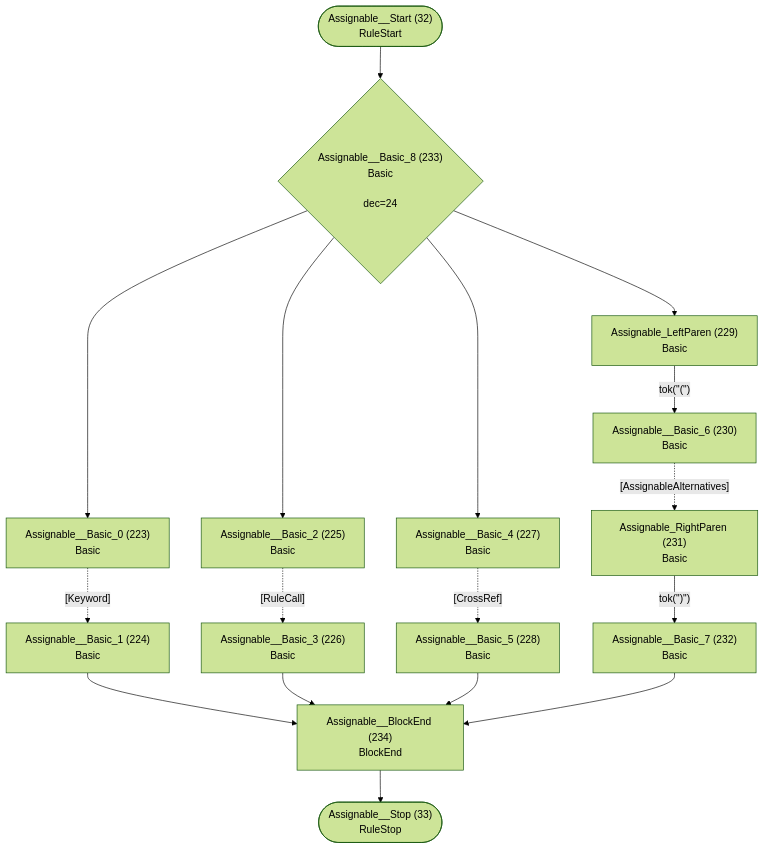
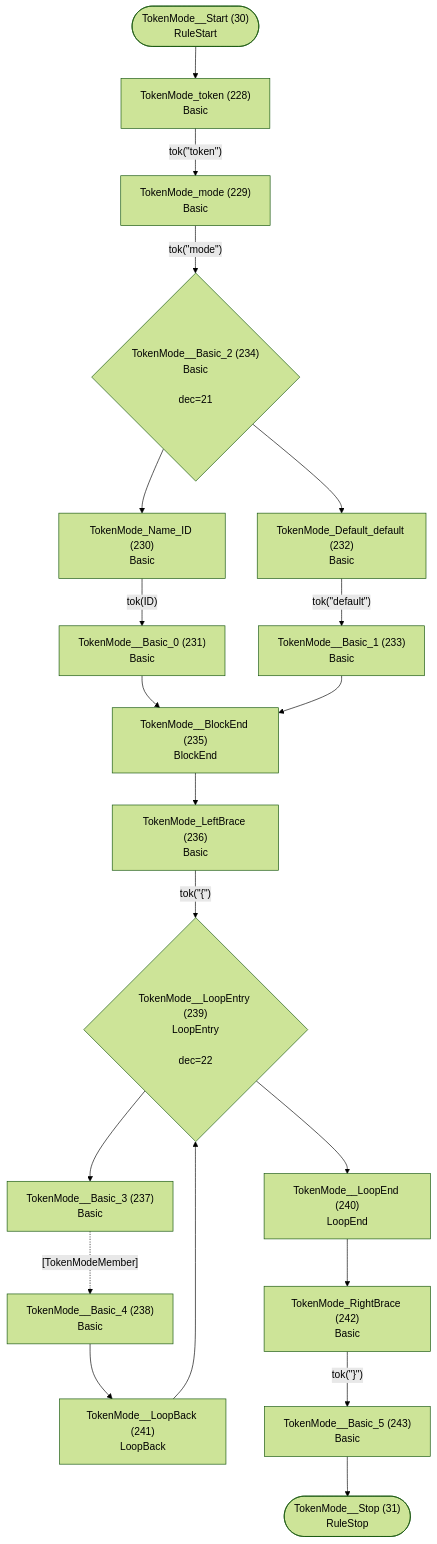
Before and after one commit to TypeFox/fastbelt: diagram 16 of 40 in internal/grammar/atn.md, drawn with Mermaid (forest theme). The commit also changed other lines of this file and 84 other files, not shown here.

````diff
--- a/internal/grammar/atn.md
+++ b/internal/grammar/atn.md
@@ -532,34 +482,41 @@
 ```mermaid
 flowchart TD
-    q32(["Assignable__Start (32)<br/>RuleStart"])
-    q33(["Assignable__Stop (33)<br/>RuleStop"])
-    q223["Assignable__Basic_0 (223)<br/>Basic<br/>"]
-    q224["Assignable__Basic_1 (224)<br/>Basic<br/>"]
-    q225["Assignable__Basic_2 (225)<br/>Basic<br/>"]
-    q226["Assignable__Basic_3 (226)<br/>Basic<br/>"]
-    q227["Assignable__Basic_4 (227)<br/>Basic<br/>"]
-    q228["Assignable__Basic_5 (228)<br/>Basic<br/>"]
-    q229["Assignable_LeftParen (229)<br/>Basic<br/>"]
-    q230["Assignable__Basic_6 (230)<br/>Basic<br/>"]
-    q231["Assignable_RightParen (231)<br/>Basic<br/>"]
-    q232["Assignable__Basic_7 (232)<br/>Basic<br/>"]
-    q233{"Assignable__Basic_8 (233)<br/>Basic<br/><br/>dec=24"}
-    q234["Assignable__BlockEnd (234)<br/>BlockEnd<br/>"]
+    q30(["TokenMode__Start (30)<br/>RuleStart"])
+    q31(["TokenMode__Stop (31)<br/>RuleStop"])
+    q228["TokenMode_token (228)<br/>Basic<br/>"]
+    q229["TokenMode_mode (229)<br/>Basic<br/>"]
+    q230["TokenMode_Name_ID (230)<br/>Basic<br/>"]
+    q231["TokenMode__Basic_0 (231)<br/>Basic<br/>"]
+    q232["TokenMode_Default_default (232)<br/>Basic<br/>"]
+    q233["TokenMode__Basic_1 (233)<br/>Basic<br/>"]
+    q234{"TokenMode__Basic_2 (234)<br/>Basic<br/><br/>dec=21"}
+    q235["TokenMode__BlockEnd (235)<br/>BlockEnd<br/>"]
+    q236["TokenMode_LeftBrace (236)<br/>Basic<br/>"]
+    q237["TokenMode__Basic_3 (237)<br/>Basic<br/>"]
+    q238["TokenMode__Basic_4 (238)<br/>Basic<br/>"]
+    q239{"TokenMode__LoopEntry (239)<br/>LoopEntry<br/><br/>dec=22"}
+    q240["TokenMode__LoopEnd (240)<br/>LoopEnd<br/>"]
+    q241["TokenMode__LoopBack (241)<br/>LoopBack<br/>"]
+    q242["TokenMode_RightBrace (242)<br/>Basic<br/>"]
+    q243["TokenMode__Basic_5 (243)<br/>Basic<br/>"]
 
-    q32 --> q233
-    q223 -.->|"[Keyword]"| q224
-    q224 --> q234
-    q225 -.->|"[RuleCall]"| q226
-    q226 --> q234
-    q227 -.->|"[CrossRef]"| q228
-    q228 --> q234
-    q229 -->|"tok(&quot;(&quot;)"| q230
-    q230 -.->|"[AssignableAlternatives]"| q231
-    q231 -->|"tok(&quot;)&quot;)"| q232
-    q232 --> q234
-    q233 --> q223
-    q233 --> q225
-    q233 --> q227
-    q233 --> q229
-    q234 --> q33
+    q30 --> q228
+    q228 -->|"tok(&quot;token&quot;)"| q229
+    q229 -->|"tok(&quot;mode&quot;)"| q234
+    q230 -->|"tok(ID)"| q231
+    q231 --> q235
+    q232 -->|"tok(&quot;default&quot;)"| q233
+    q233 --> q235
+    q234 --> q230
+    q234 --> q232
+    q235 --> q236
+    q236 -->|"tok(&quot;{&quot;)"| q239
+    q237 -.->|"[TokenModeMember]"| q238
+    q238 --> q241
+    q239 --> q237
+    q239 --> q240
+    q240 --> q242
+    q241 --> q239
+    q242 -->|"tok(&quot;}&quot;)"| q243
+    q243 --> q31
 ```
````
